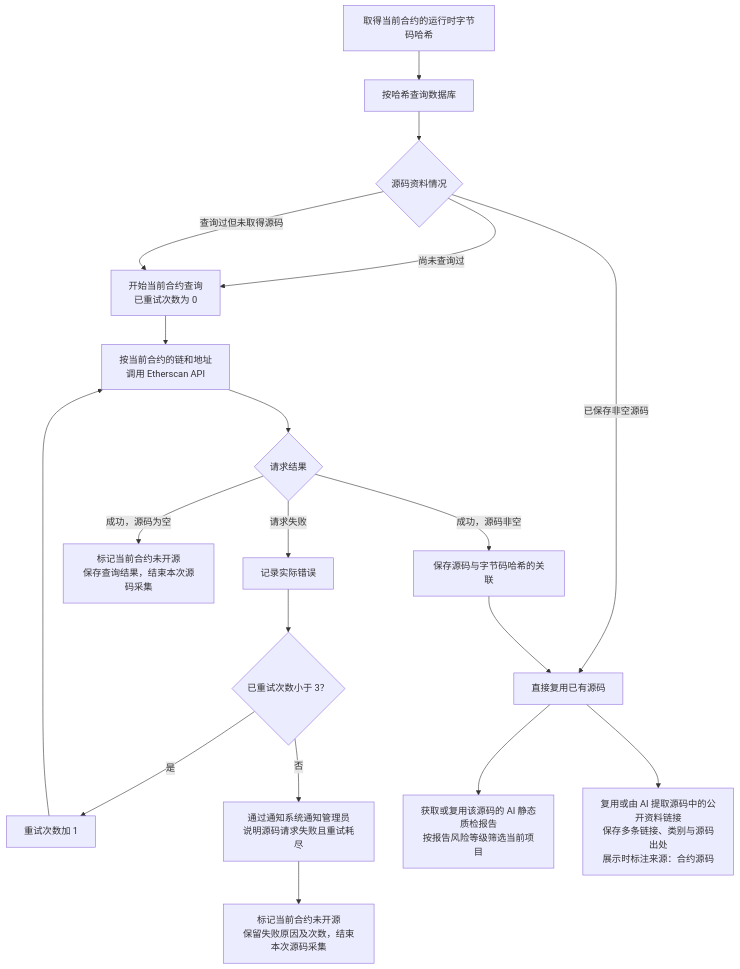
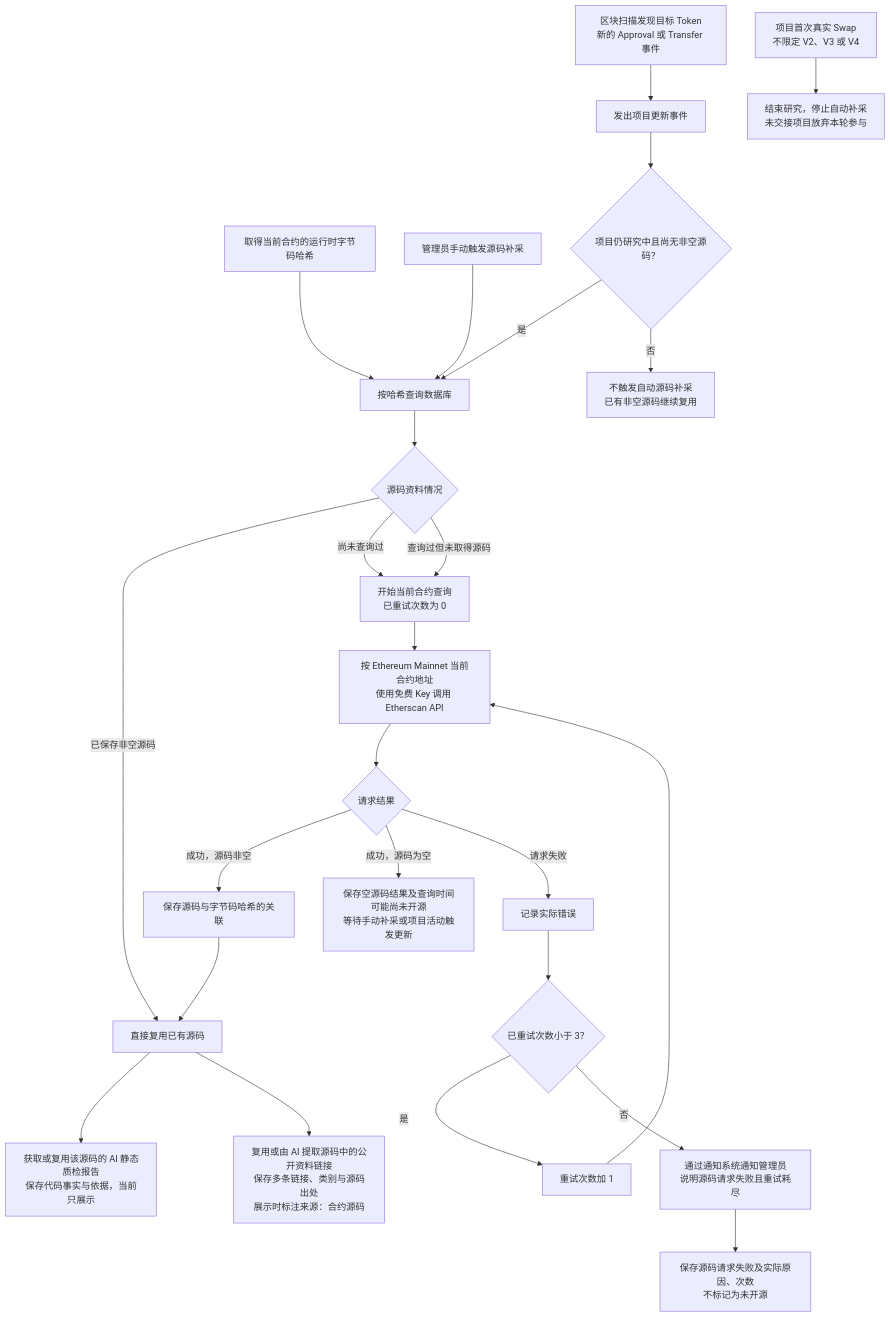
Before and after one commit to useryege/athena-o: the diagram in docs/project/token-contract-source-flow.md, drawn with Mermaid. The commit also changed other lines of this file and 17 other files, not shown here.

````diff
--- a/docs/project/token-contract-source-flow.md
+++ b/docs/project/token-contract-source-flow.md
@@ -11,21 +13,27 @@
 ```mermaid
 flowchart TD
     A["取得当前合约的运行时字节码哈希"] --> B["按哈希查询数据库"]
     B --> C{"源码资料情况"}
     C -->|已保存非空源码| D["直接复用已有源码"]
     C -->|尚未查询过| R["开始当前合约查询<br/>已重试次数为 0"]
     C -->|查询过但未取得源码| R
-    R --> E["按当前合约的链和地址<br/>调用 Etherscan API"]
+    R --> E["按 Ethereum Mainnet 当前合约地址<br/>使用免费 Key 调用 Etherscan API"]
     E --> G{"请求结果"}
     G -->|成功，源码非空| H["保存源码与字节码哈希的关联"]
     H --> D
-    G -->|成功，源码为空| U["标记当前合约未开源<br/>保存查询结果，结束本次源码采集"]
+    G -->|成功，源码为空| U["保存空源码结果及查询时间<br/>可能尚未开源<br/>等待手动补采或项目活动触发更新"]
     G -->|请求失败| I["记录实际错误"]
     I --> K{"已重试次数小于 3？"}
     K -->|是| L["重试次数加 1"]
     L --> E
     K -->|否| M["通过通知系统通知管理员<br/>说明源码请求失败且重试耗尽"]
-    M --> V["标记当前合约未开源<br/>保留失败原因及次数，结束本次源码采集"]
-    D --> J["获取或复用该源码的 AI 静态质检报告<br/>按报告风险等级筛选当前项目"]
+    M --> V["保存源码请求失败及实际原因、次数<br/>不标记为未开源"]
+    D --> J["获取或复用该源码的 AI 静态质检报告<br/>保存代码事实与依据，当前只展示"]
     D --> P["复用或由 AI 提取源码中的公开资料链接<br/>保存多条链接、类别与源码出处<br/>展示时标注来源：合约源码"]
+    MANUAL["管理员手动触发源码补采"] --> B
+    ACTIVITY["区块扫描发现目标 Token<br/>新的 Approval 或 Transfer 事件"] --> UPDATE["发出项目更新事件"]
+    UPDATE --> ELIGIBLE{"项目仍研究中且尚无非空源码？"}
+    ELIGIBLE -->|是| B
+    ELIGIBLE -->|否| SKIP["不触发自动源码补采<br/>已有非空源码继续复用"]
+    SWAP["项目首次真实 Swap<br/>不限定 V2、V3 或 V4"] --> STOP["结束研究，停止自动补采<br/>未交接项目放弃本轮参与"]
 ```
````
